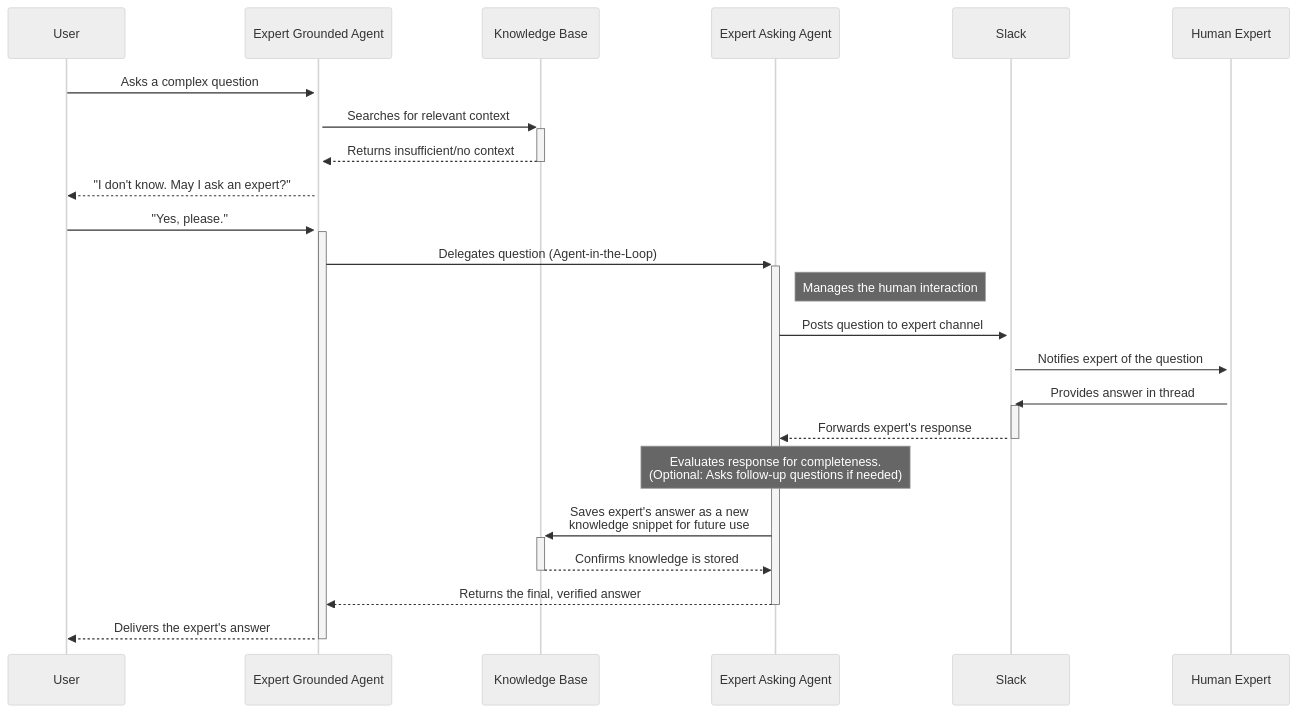
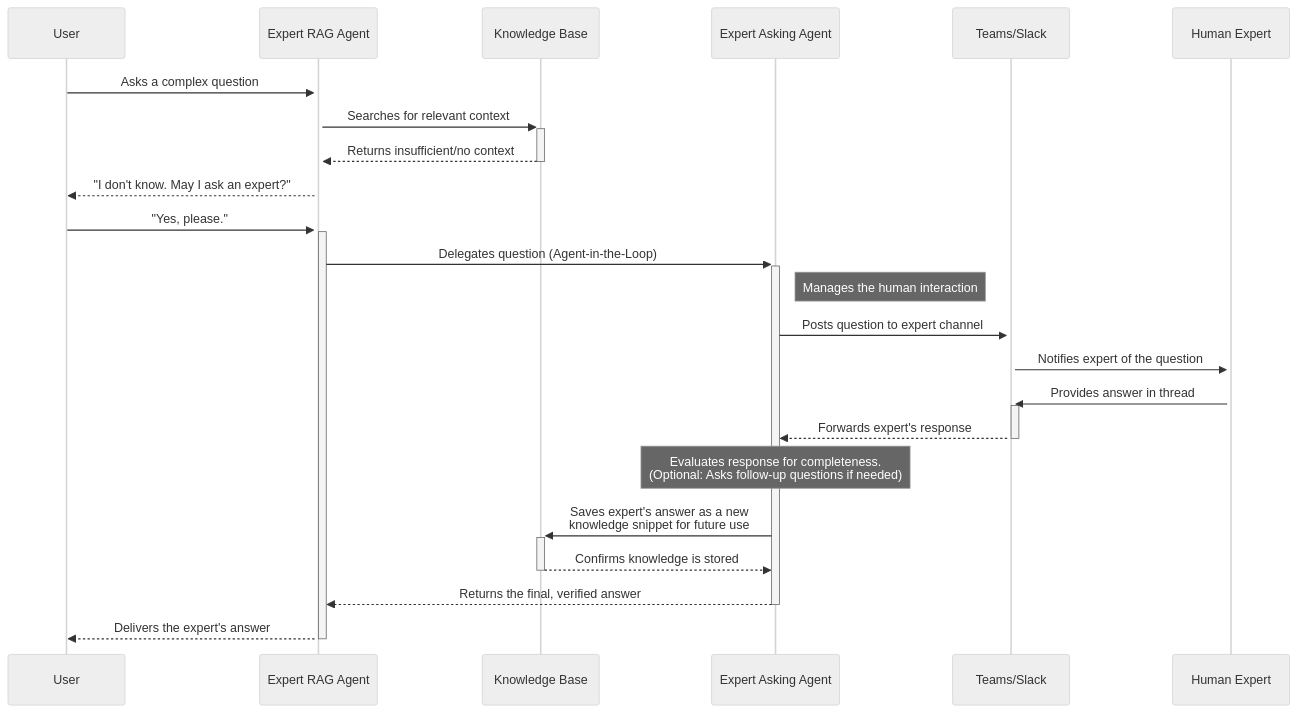
One commit to bbvch-ai/aihub-core changed the diagram in aihub_doc/docs/2_platform/5_agents/3_expert_asking_agent/index.en.md. Above: the diagram before and after it, drawn with Mermaid (neutral theme). The commit also changed other lines of this file and 23 other files, not shown here.

Commit message:
Integrated Expert Asking Agent with Teams and Slack configuration, added container definitions, updated documentation, and refined deployment for expert escalation workflows.

````diff
--- a/aihub_doc/docs/2_platform/5_agents/3_expert_asking_agent/index.en.md
+++ b/aihub_doc/docs/2_platform/5_agents/3_expert_asking_agent/index.en.md
@@ -22,33 +22,33 @@
 ```mermaid
 sequenceDiagram
     participant User
-    participant GroundedAgent as Expert Grounded Agent
+    participant RAGAgent as Expert RAG Agent
     participant KnowledgeBase as Knowledge Base
     participant AskingAgent as Expert Asking Agent
-    participant Slack
+    participant Channel as Teams/Slack
     participant HumanExpert as Human Expert
 
-    User->>+GroundedAgent: Asks a complex question
-    GroundedAgent->>+KnowledgeBase: Searches for relevant context
-    KnowledgeBase-->>-GroundedAgent: Returns insufficient/no context
-    
-    GroundedAgent-->>User: "I don't know. May I ask an expert?"
-    User->>+GroundedAgent: "Yes, please."
-    
-    GroundedAgent->>+AskingAgent: Delegates question (Agent-in-the-Loop)
+    User->>+RAGAgent: Asks a complex question
+    RAGAgent->>+KnowledgeBase: Searches for relevant context
+    KnowledgeBase-->>-RAGAgent: Returns insufficient/no context
+
+    RAGAgent-->>User: "I don't know. May I ask an expert?"
+    User->>+RAGAgent: "Yes, please."
+
+    RAGAgent->>+AskingAgent: Delegates question (Agent-in-the-Loop)
     Note right of AskingAgent: Manages the human interaction
-    
-    AskingAgent->>+Slack: Posts question to expert channel
-    Slack->>+HumanExpert: Notifies expert of the question
-    
-    HumanExpert->>+Slack: Provides answer in thread
-    Slack-->>-AskingAgent: Forwards expert's response
-    
+
+    AskingAgent->>+Channel: Posts question to expert channel
+    Channel->>+HumanExpert: Notifies expert of the question
+
+    HumanExpert->>+Channel: Provides answer in thread
+    Channel-->>-AskingAgent: Forwards expert's response
+
     Note over AskingAgent: Evaluates response for completeness.<br/>(Optional: Asks follow-up questions if needed)
 
     AskingAgent->>+KnowledgeBase: Saves expert's answer as a new<br/>knowledge snippet for future use
     KnowledgeBase-->>-AskingAgent: Confirms knowledge is stored
-    
-    AskingAgent-->>-GroundedAgent: Returns the final, verified answer
-    GroundedAgent-->>-User: Delivers the expert's answer
+
+    AskingAgent-->>-RAGAgent: Returns the final, verified answer
+    RAGAgent-->>-User: Delivers the expert's answer
 ```
````
